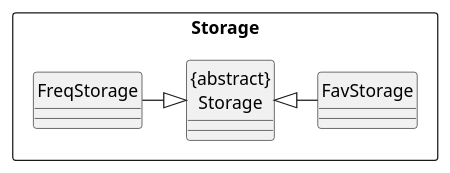
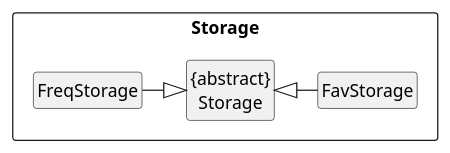
The diagram in docs/DG_Diagrams/StorageComponent.puml (nus-cs2113-AY2021S1/tp), drawn with PlantUML before and after one commit. The commit also changed 9 other files, not shown here.

Commit message:
Update class diagrams to hide empty members in classes

```diff
--- a/docs/DG_Diagrams/StorageComponent.puml
+++ b/docs/DG_Diagrams/StorageComponent.puml
@@ -1,11 +1,11 @@
 @startuml
 
 hide circle
 skinparam classAttributeIconSize 0
-
+hide members
 Rectangle Storage {
 "{abstract}\nStorage" <|- FavStorage
 "{abstract}\nStorage" <|-left FreqStorage
 }
 
 @enduml
```
